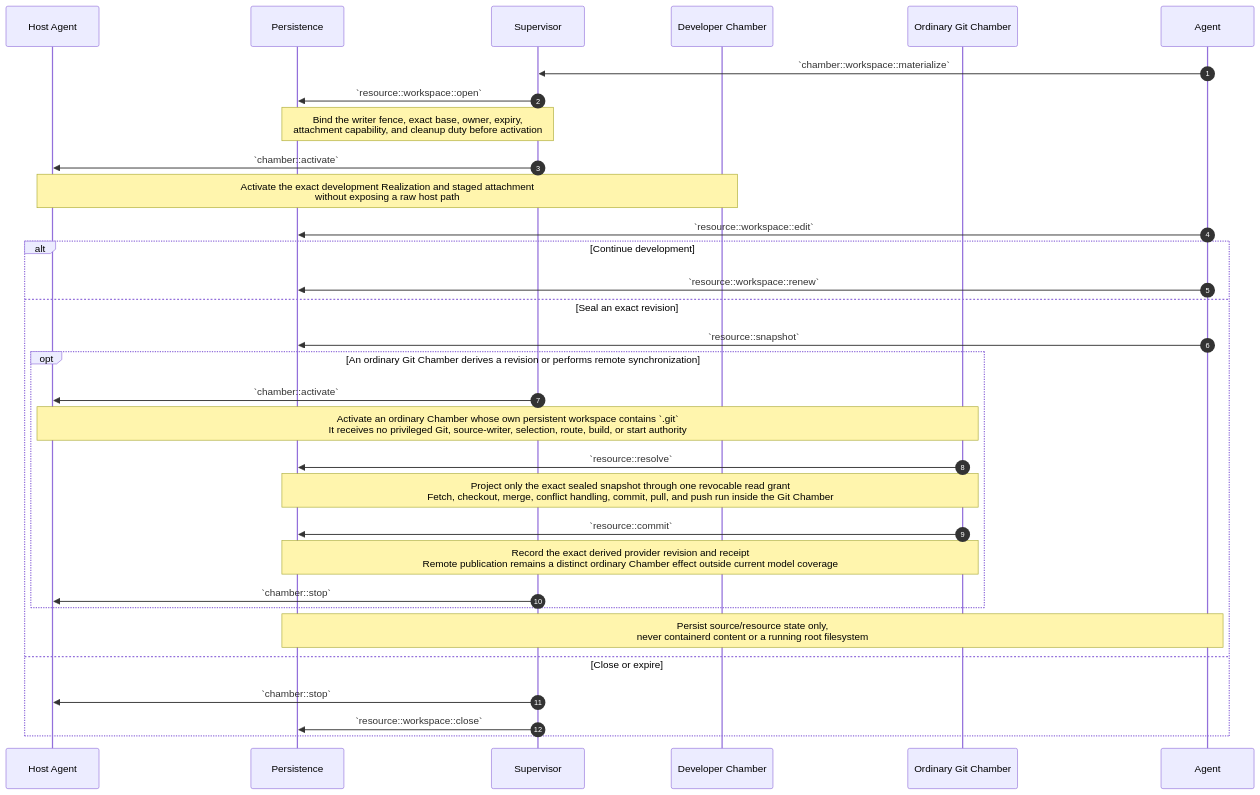
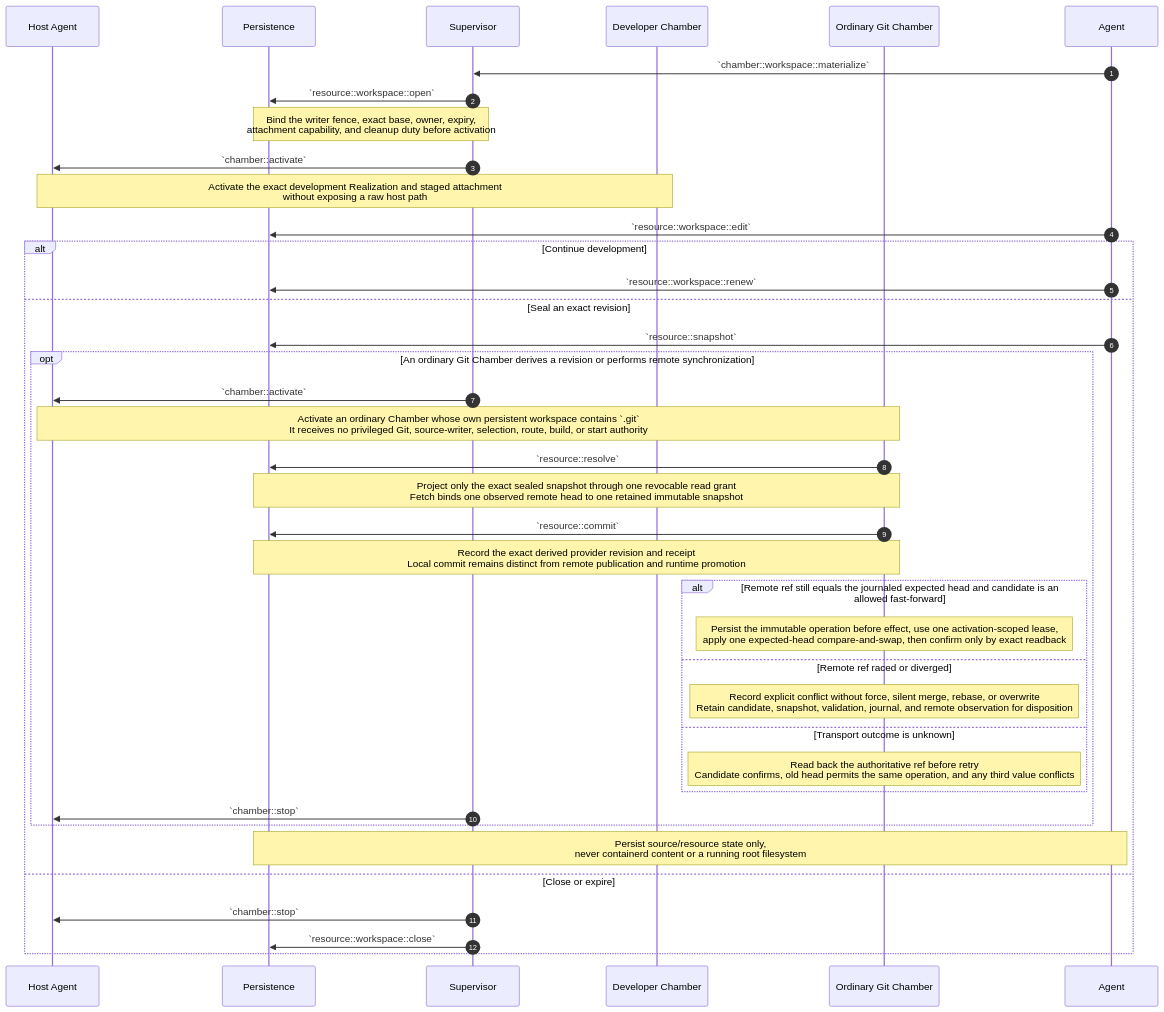
Before and after one commit to dreamcatcher-tech/chambers-lifecycle-explorer: the ninth of 18 diagrams in source/chambers-lifecycle-sequences.md, drawn with Mermaid. The commit also changed other lines of this file and 13 other files, not shown here.

````diff
--- a/source/chambers-lifecycle-sequences.md
+++ b/source/chambers-lifecycle-sequences.md
@@ -813,36 +814,43 @@
 ```mermaid
 sequenceDiagram
     autonumber
     participant HostAgent as Host Agent
     participant Persistence
     participant Supervisor
     participant Developer as Developer Chamber
     participant GitChamber as Ordinary Git Chamber
     participant Agent
 
     Agent->>Supervisor: `chamber::workspace::materialize`
     Supervisor->>Persistence: `resource::workspace::open`
     Note over Supervisor,Persistence: Bind the writer fence, exact base, owner, expiry,<br/>attachment capability, and cleanup duty before activation
     Supervisor->>HostAgent: `chamber::activate`
     Note over HostAgent,Developer: Activate the exact development Realization and staged attachment<br/>without exposing a raw host path
     Agent->>Persistence: `resource::workspace::edit`
 
     alt Continue development
         Agent->>Persistence: `resource::workspace::renew`
     else Seal an exact revision
         Agent->>Persistence: `resource::snapshot`
         opt An ordinary Git Chamber derives a revision or performs remote synchronization
             Supervisor->>HostAgent: `chamber::activate`
             Note over HostAgent,GitChamber: Activate an ordinary Chamber whose own persistent workspace contains `.git`<br/>It receives no privileged Git, source-writer, selection, route, build, or start authority
             GitChamber->>Persistence: `resource::resolve`
-            Note over Persistence,GitChamber: Project only the exact sealed snapshot through one revocable read grant<br/>Fetch, checkout, merge, conflict handling, commit, pull, and push run inside the Git Chamber
+            Note over Persistence,GitChamber: Project only the exact sealed snapshot through one revocable read grant<br/>Fetch binds one observed remote head to one retained immutable snapshot
             GitChamber->>Persistence: `resource::commit`
-            Note over GitChamber,Persistence: Record the exact derived provider revision and receipt<br/>Remote publication remains a distinct ordinary Chamber effect outside current model coverage
+            Note over GitChamber,Persistence: Record the exact derived provider revision and receipt<br/>Local commit remains distinct from remote publication and runtime promotion
+            alt Remote ref still equals the journaled expected head and candidate is an allowed fast-forward
+                Note over GitChamber: Persist the immutable operation before effect, use one activation-scoped lease,<br/>apply one expected-head compare-and-swap, then confirm only by exact readback
+            else Remote ref raced or diverged
+                Note over GitChamber: Record explicit conflict without force, silent merge, rebase, or overwrite<br/>Retain candidate, snapshot, validation, journal, and remote observation for disposition
+            else Transport outcome is unknown
+                Note over GitChamber: Read back the authoritative ref before retry<br/>Candidate confirms, old head permits the same operation, and any third value conflicts
+            end
             Supervisor->>HostAgent: `chamber::stop`
         end
         Note over Agent,Persistence: Persist source/resource state only,<br/>never containerd content or a running root filesystem
     else Close or expire
         Supervisor->>HostAgent: `chamber::stop`
         Supervisor->>Persistence: `resource::workspace::close`
     end
 ```
````
